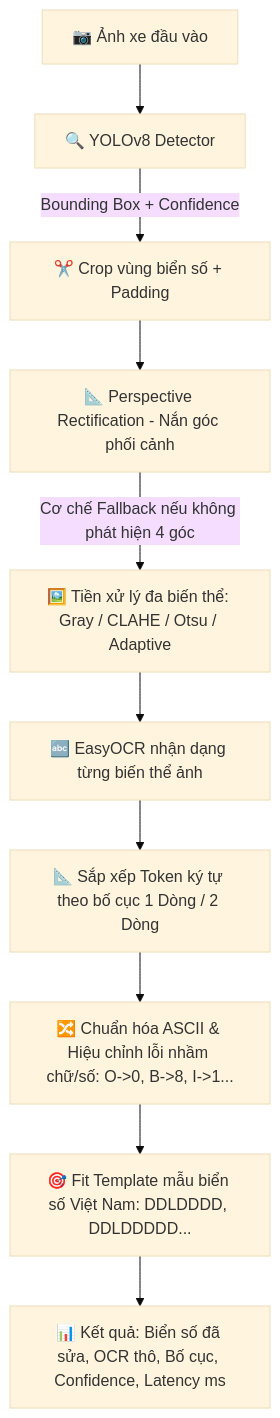
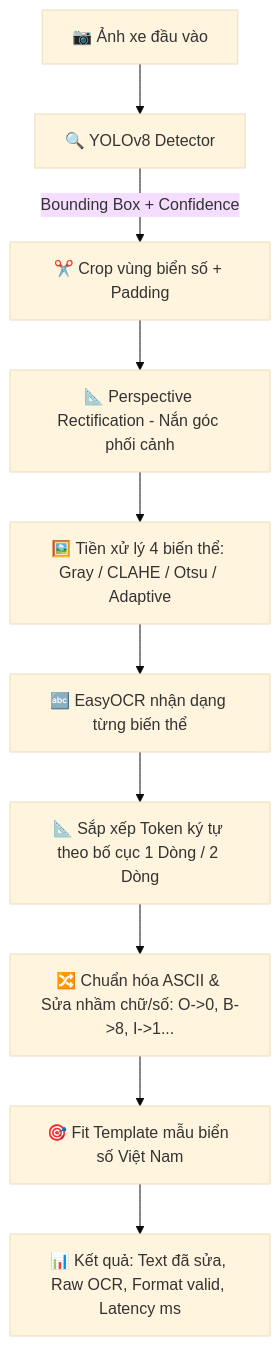
The second of 2 diagrams in README.md (haminhthong/vietnamese-license-plate-recognition), drawn with Mermaid (base theme) before and after one commit. The commit also changed other lines of this file and 20 other files, not shown here.

````diff
--- a/README.md
+++ b/README.md
@@ -28,12 +78,12 @@
 ```mermaid
 flowchart TD
     A[📷 Ảnh xe đầu vào] --> B[🔍 YOLOv8 Detector]
     B -->|Bounding Box + Confidence| C[✂️ Crop vùng biển số + Padding]
     C --> D[📐 Perspective Rectification - Nắn góc phối cảnh]
-    D -->|Cơ chế Fallback nếu không phát hiện 4 góc| E[🖼️ Tiền xử lý đa biến thể: Gray / CLAHE / Otsu / Adaptive]
-    E --> F[🔤 EasyOCR nhận dạng từng biến thể ảnh]
+    D --> E[🖼️ Tiền xử lý 4 biến thể: Gray / CLAHE / Otsu / Adaptive]
+    E --> F[🔤 EasyOCR nhận dạng từng biến thể]
     F --> G[📐 Sắp xếp Token ký tự theo bố cục 1 Dòng / 2 Dòng]
-    G --> H[🔀 Chuẩn hóa ASCII & Hiệu chỉnh lỗi nhầm chữ/số: O->0, B->8, I->1...]
-    H --> I[🎯 Fit Template mẫu biển số Việt Nam: DDLDDDD, DDLDDDDD...]
-    I --> J[📊 Kết quả: Biển số đã sửa, OCR thô, Bố cục, Confidence, Latency ms]
+    G --> H[🔀 Chuẩn hóa ASCII & Sửa nhầm chữ/số: O->0, B->8, I->1...]
+    H --> I[🎯 Fit Template mẫu biển số Việt Nam]
+    I --> J[📊 Kết quả: Text đã sửa, Raw OCR, Format valid, Latency ms]
 ```
````
